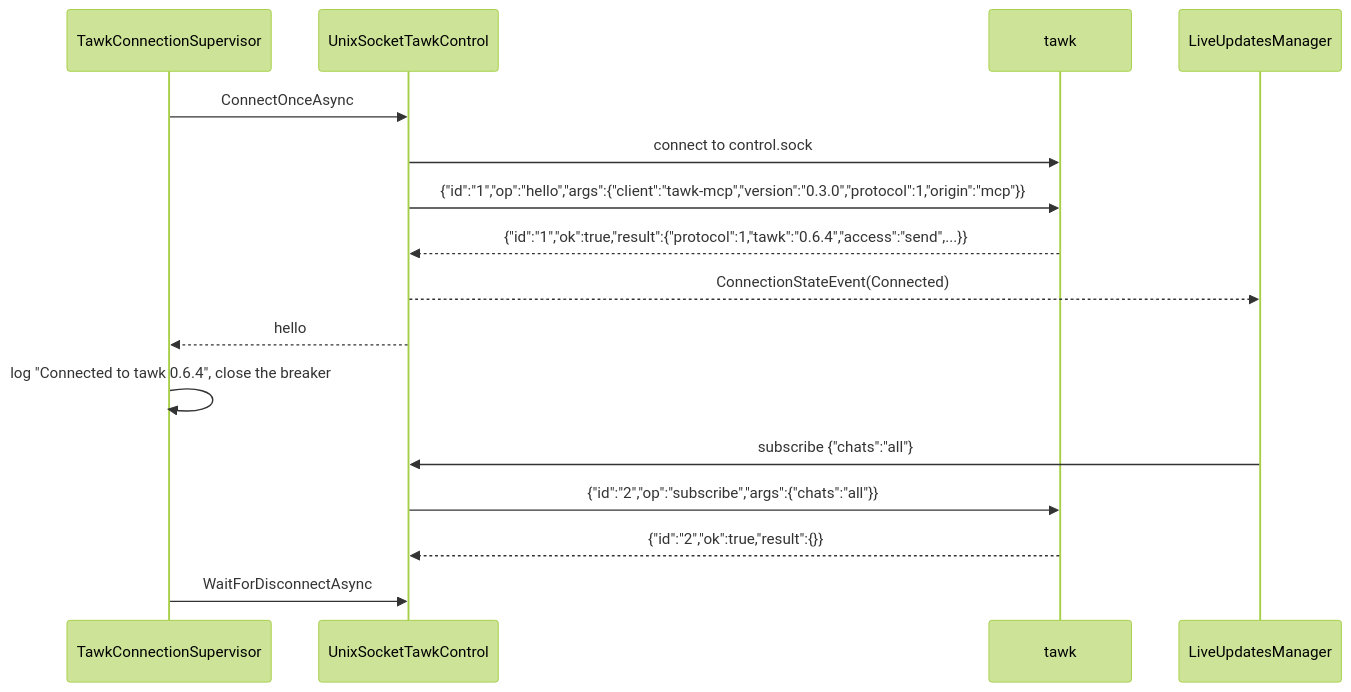
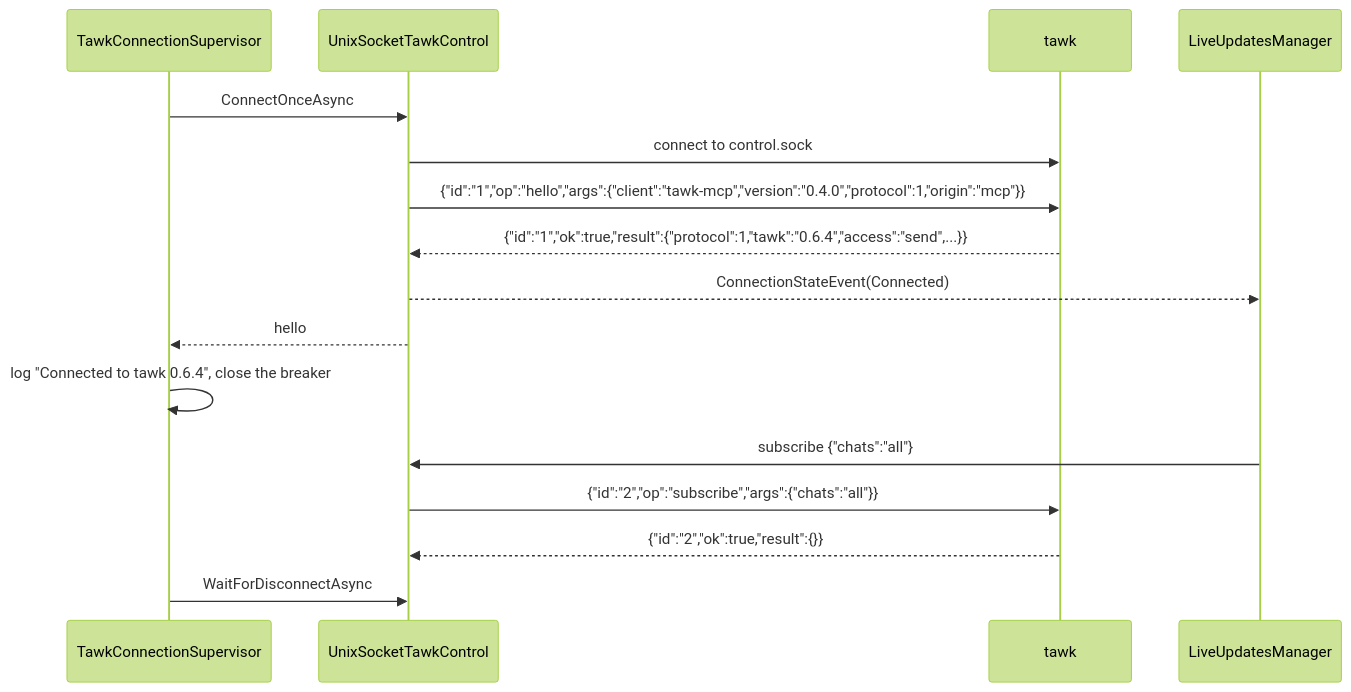
Before and after one commit to loganventer/Corvus.Mcp.Server.Tawk: the first of 12 diagrams in HOW_IT_WORKS.md, drawn with Mermaid (forest theme). The commit also changed 45 other files, not shown here.

First line of the commit message:
Transcribe inside tawk-mcp with one shared model, and call this 0.4.0

````diff
--- a/HOW_IT_WORKS.md
+++ b/HOW_IT_WORKS.md
@@ -29,19 +29,19 @@
 ```mermaid
 sequenceDiagram
     participant S as TawkConnectionSupervisor
     participant C as UnixSocketTawkControl
     participant T as tawk
     participant L as LiveUpdatesManager
 
     S->>C: ConnectOnceAsync
     C->>T: connect to control.sock
-    C->>T: {"id":"1","op":"hello","args":{"client":"tawk-mcp","version":"0.3.0","protocol":1,"origin":"mcp"}}
+    C->>T: {"id":"1","op":"hello","args":{"client":"tawk-mcp","version":"0.4.0","protocol":1,"origin":"mcp"}}
     T-->>C: {"id":"1","ok":true,"result":{"protocol":1,"tawk":"0.6.4","access":"send",...}}
     C-->>L: ConnectionStateEvent(Connected)
     C-->>S: hello
     S->>S: log "Connected to tawk 0.6.4", close the breaker
     L->>C: subscribe {"chats":"all"}
     C->>T: {"id":"2","op":"subscribe","args":{"chats":"all"}}
     T-->>C: {"id":"2","ok":true,"result":{}}
     S->>C: WaitForDisconnectAsync
 ```
````
